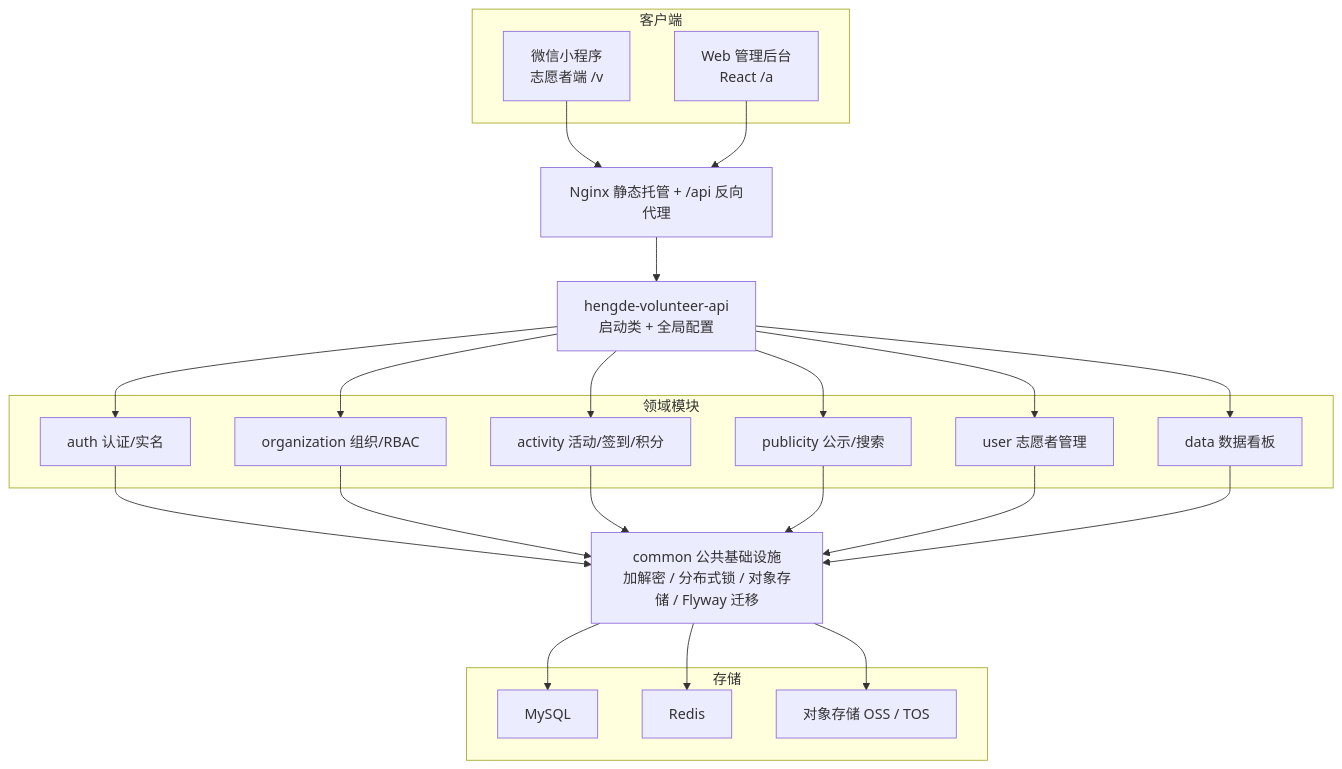
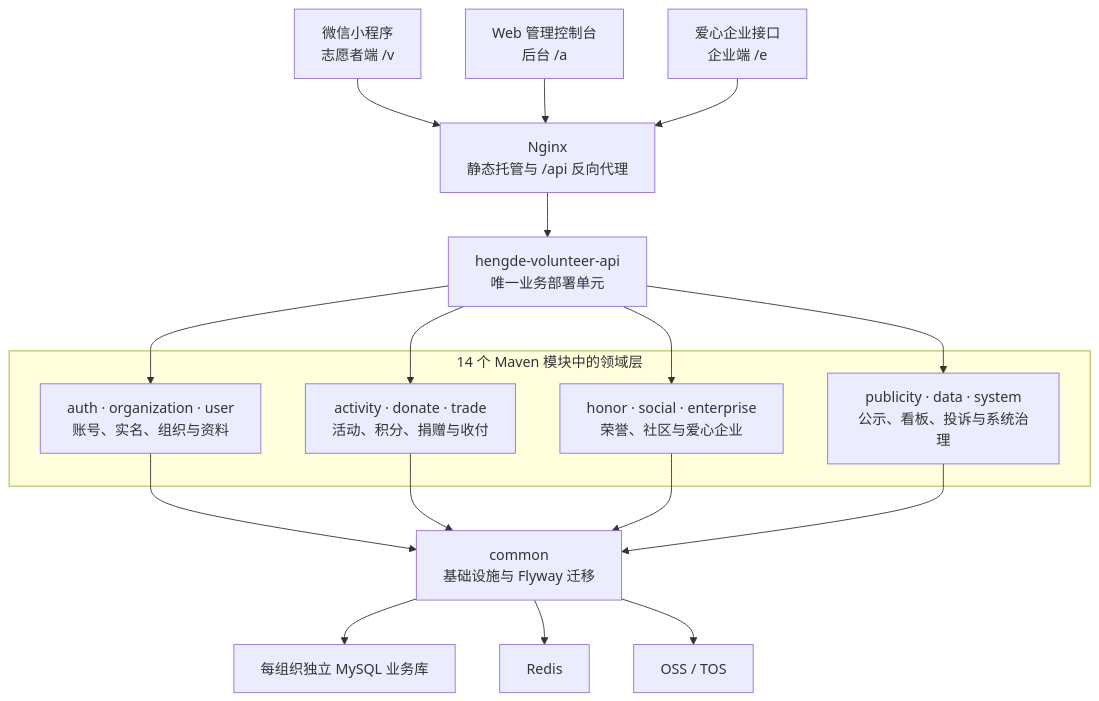
One commit to 3435986347-spec/volunteerplatform changed the diagram in README.md. Above: the diagram before and after it, drawn with Mermaid. The commit also changed other lines of this file and 1 other file, not shown here.

````diff
--- a/README.md
+++ b/README.md
@@ -92,45 +93,36 @@
 ```mermaid
 graph TD
-    NGINX["Nginx 静态托管 + /api 反向代理"]
-    CFG["hengde-volunteer-api<br/>启动类 + 全局配置"]
-    COMMON["common 公共基础设施<br/>加解密 / 分布式锁 / 对象存储 / Flyway 迁移"]
+    MP["微信小程序<br/>志愿者端 /v"]
+    ADMIN["Web 管理控制台<br/>后台 /a"]
+    ENT["爱心企业接口<br/>企业端 /e"]
+    NGINX["Nginx<br/>静态托管与 /api 反向代理"]
+    API["hengde-volunteer-api<br/>唯一业务部署单元"]
 
-    subgraph 客户端
-      MP["微信小程序<br/>志愿者端 /v"]
-      ADMIN["Web 管理后台<br/>React /a"]
+    subgraph DOMAIN["14 个 Maven 模块中的领域层"]
+      CORE["auth · organization · user<br/>账号、实名、组织与资料"]
+      BIZ["activity · donate · trade<br/>活动、积分、捐赠与收付"]
+      GOV["honor · social · enterprise<br/>荣誉、社区与爱心企业"]
+      OPS["publicity · data · system<br/>公示、看板、投诉与系统治理"]
     end
 
-    subgraph 领域模块
-      AUTH["auth 认证/实名"]
-      ORG["organization 组织/RBAC"]
-      ACT["activity 活动/签到/积分"]
-      PUB["publicity 公示/搜索"]
-      USER["user 志愿者管理"]
-      DATA["data 数据看板"]
-    end
-
-    subgraph 存储
-      MYSQL["MySQL"]
-      REDIS["Redis"]
-      OSS["对象存储 OSS / TOS"]
-    end
+    COMMON["common<br/>基础设施与 Flyway 迁移"]
+    MYSQL["每组织独立 MySQL 业务库"]
+    REDIS["Redis"]
+    OSS["OSS / TOS"]
 
     MP --> NGINX
     ADMIN --> NGINX
-    NGINX --> CFG
-    CFG --> AUTH
-    CFG --> ORG
-    CFG --> ACT
-    CFG --> PUB
-    CFG --> USER
-    CFG --> DATA
-    AUTH --> COMMON
-    ORG --> COMMON
-    ACT --> COMMON
-    PUB --> COMMON
-    USER --> COMMON
-    DATA --> COMMON
+    ENT --> NGINX
+    NGINX --> API
+    API --> CORE
+    API --> BIZ
+    API --> GOV
+    API --> OPS
+    CORE --> COMMON
+    BIZ --> COMMON
+    GOV --> COMMON
+    OPS --> COMMON
     COMMON --> MYSQL
     COMMON --> REDIS
     COMMON --> OSS
 ```
````
